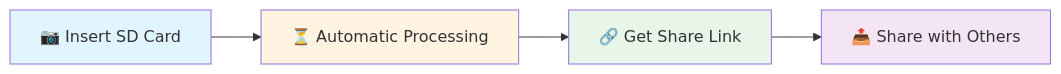
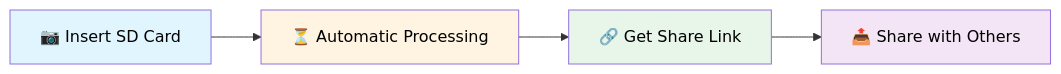
One commit to samjhill/ghostroll changed the first of 2 diagrams in README.md. Above: the diagram before and after it, drawn with Mermaid.

Commit message:
Fix diagram text color for better readability
- Set text color to black (#000) in end-user friendly diagram
- Improves readability against light background colors

````diff
--- a/README.md
+++ b/README.md
@@ -13,10 +13,10 @@
 ```mermaid
 flowchart LR
     A[📷 Insert SD Card] --> B[⏳ Automatic Processing]
     B --> C[🔗 Get Share Link]
     C --> D[📤 Share with Others]
-    style A fill:#e1f5ff
-    style B fill:#fff4e1
-    style C fill:#e8f5e9
-    style D fill:#f3e5f5
+    style A fill:#e1f5ff,color:#000
+    style B fill:#fff4e1,color:#000
+    style C fill:#e8f5e9,color:#000
+    style D fill:#f3e5f5,color:#000
 ```
````
